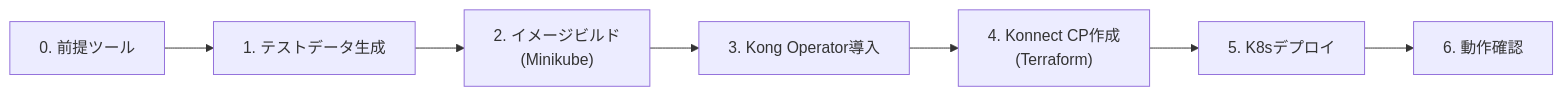
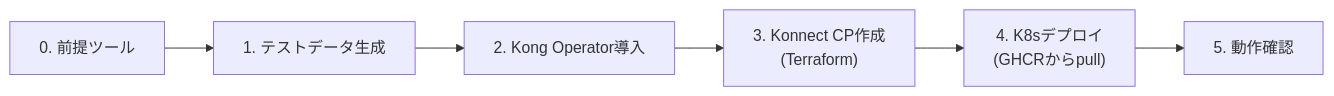
Before and after one commit to picketfence-labs/kong-api-bundle-insurance: the diagram in docs/INSTRUCTIONS.md, drawn with Mermaid. The commit also changed other lines of this file and 8 other files, not shown here.

````diff
--- a/docs/INSTRUCTIONS.md
+++ b/docs/INSTRUCTIONS.md
@@ -7,9 +7,8 @@
 ```mermaid
 flowchart LR
   s0["0. 前提ツール"] --> s1["1. テストデータ生成"]
-  s1 --> s2["2. イメージビルド<br/>(Minikube)"]
-  s2 --> s3["3. Kong Operator導入"]
-  s3 --> s4["4. Konnect CP作成<br/>(Terraform)"]
-  s4 --> s5["5. K8sデプロイ"]
-  s5 --> s6["6. 動作確認"]
+  s1 --> s3["2. Kong Operator導入"]
+  s3 --> s4["3. Konnect CP作成<br/>(Terraform)"]
+  s4 --> s5["4. K8sデプロイ<br/>(GHCRからpull)"]
+  s5 --> s6["5. 動作確認"]
 ```
````
